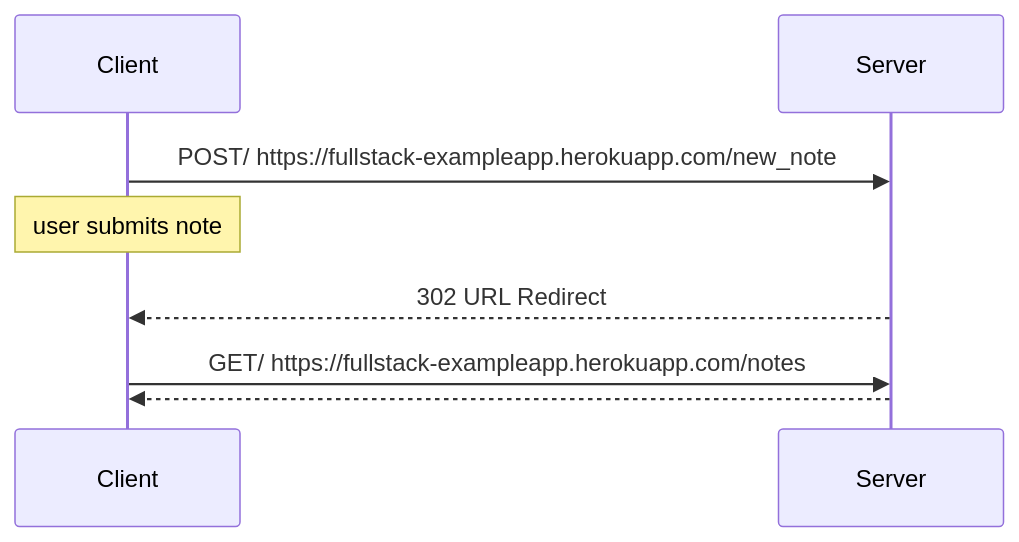
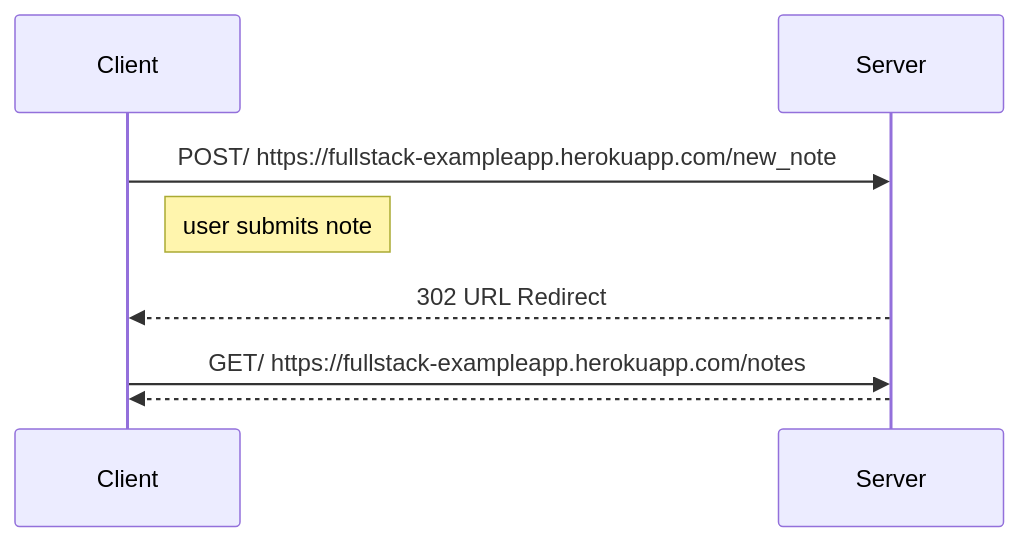
Before and after one commit to playforest/fullstack: the diagram in part0/04-new-note.md, drawn with Mermaid.

Commit message:
submit event

````diff
--- a/part0/04-new-note.md
+++ b/part0/04-new-note.md
@@ -3,12 +3,10 @@
 ```mermaid
 sequenceDiagram
 
 Client->>Server: POST/ https://fullstack-exampleapp.herokuapp.com/new_note
-Note over Client: user submits note
-
-
+Note right of Client: user submits note
 Server-->>Client: 302 URL Redirect
 Client->>Server: GET/ https://fullstack-exampleapp.herokuapp.com/notes
 Server-->>Client:
 
 ```
````
